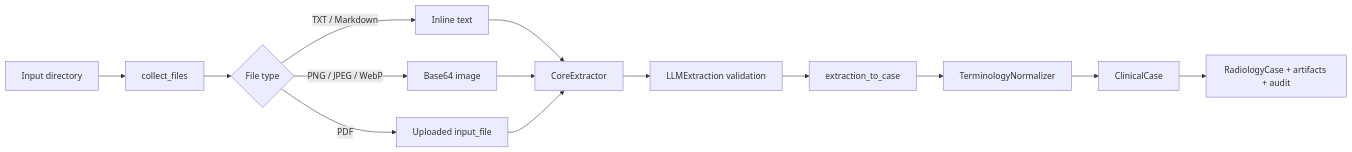
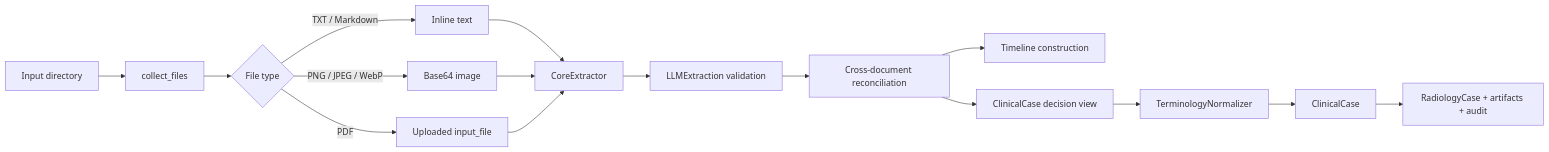
The diagram in docs/core.md (Thibescobar/bulkinout), drawn with Mermaid before and after one commit. The commit also changed other lines of this file and 47 other files, not shown here.

Commit message:
Add clinical reconciliation and timeline

````diff
--- a/docs/core.md
+++ b/docs/core.md
@@ -7,16 +7,18 @@
 ```mermaid
 flowchart LR
     A[Input directory] --> B[collect_files]
     B --> C{File type}
     C -- TXT / Markdown --> D[Inline text]
     C -- PNG / JPEG / WebP --> E[Base64 image]
     C -- PDF --> F[Uploaded input_file]
     D --> G[CoreExtractor]
     E --> G
     F --> G
     G --> H[LLMExtraction validation]
-    H --> I[extraction_to_case]
-    I --> N[TerminologyNormalizer]
+    H --> I[Cross-document reconciliation]
+    I --> T[Timeline construction]
+    I --> V[ClinicalCase decision view]
+    V --> N[TerminologyNormalizer]
     N --> J[ClinicalCase]
     J --> K[RadiologyCase + artifacts + audit]
 ```
````
